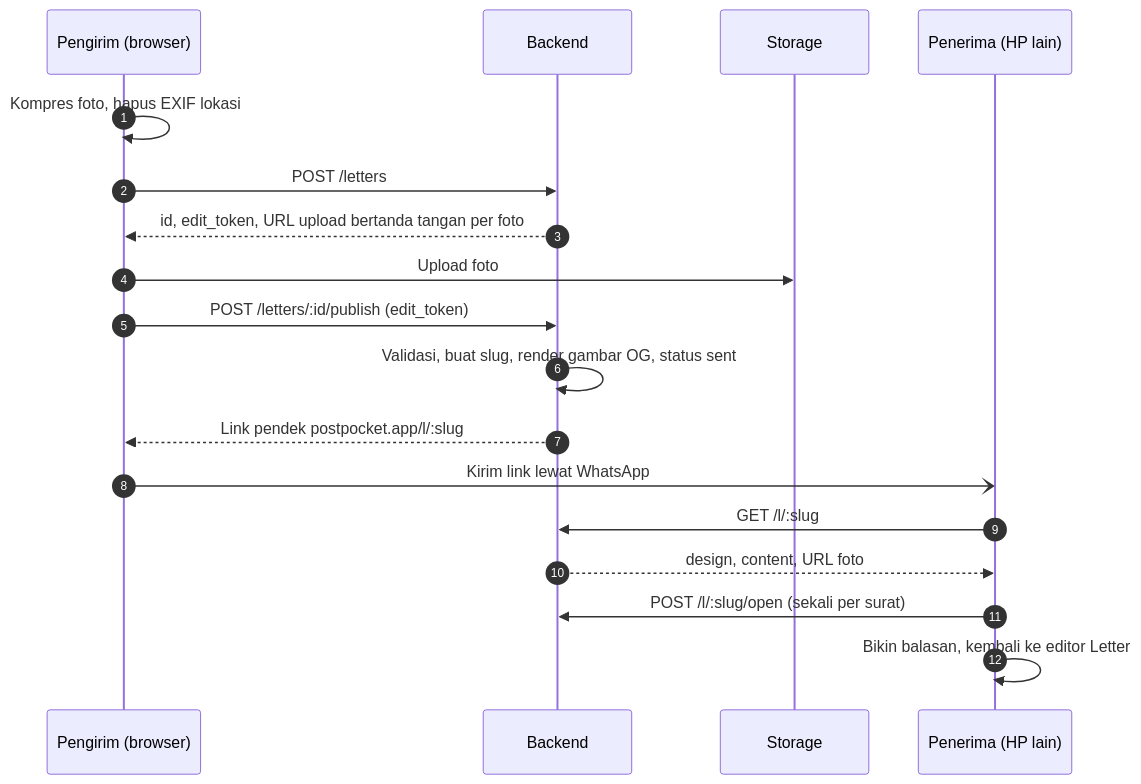
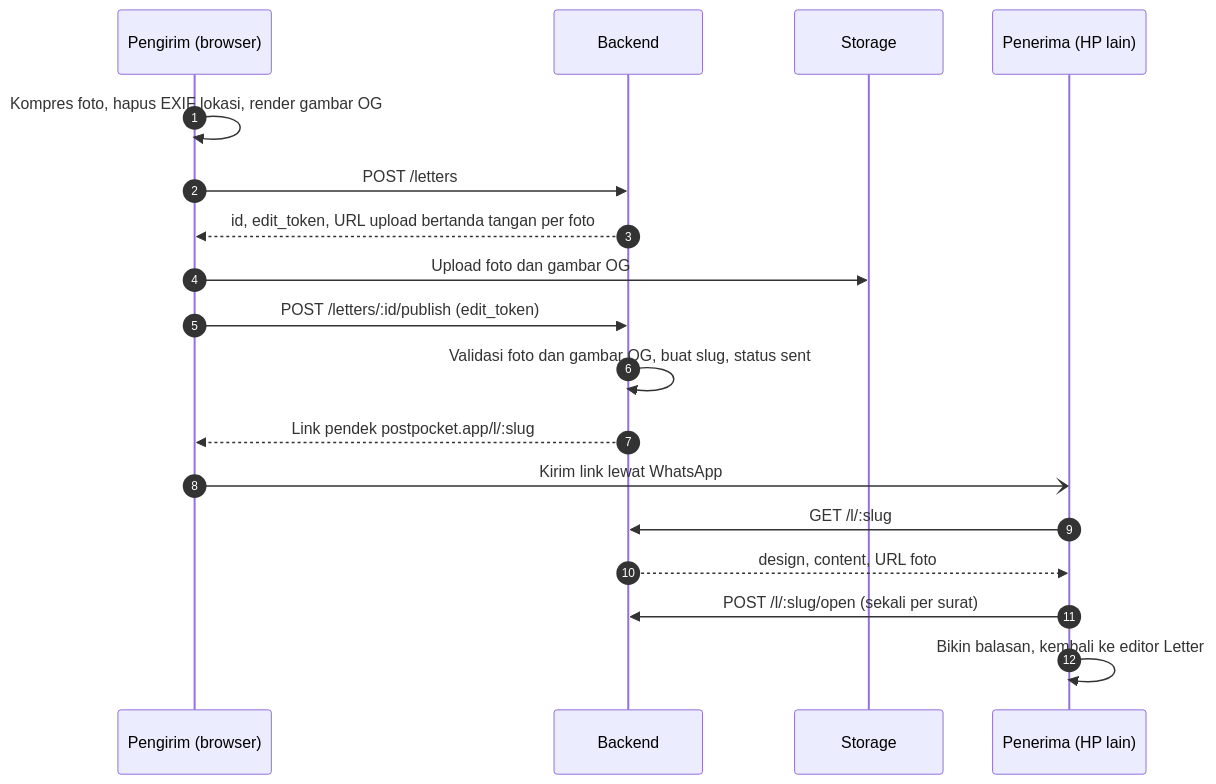
The diagram in docs/backend.md (HaikalFaruq/PostPocket), drawn with Mermaid before and after one commit. The commit also changed other lines of this file and 1 other file, not shown here.

First line of the commit message:
docs: terapkan review PR #2 dan keputusan OG, bucket, masa berlaku

````diff
--- a/docs/backend.md
+++ b/docs/backend.md
@@ -18,20 +18,20 @@
 ```mermaid
 sequenceDiagram
     autonumber
     participant P as Pengirim (browser)
     participant B as Backend
     participant S as Storage
     participant R as Penerima (HP lain)
-    P->>P: Kompres foto, hapus EXIF lokasi
+    P->>P: Kompres foto, hapus EXIF lokasi, render gambar OG
     P->>B: POST /letters
     B-->>P: id, edit_token, URL upload bertanda tangan per foto
-    P->>S: Upload foto
+    P->>S: Upload foto dan gambar OG
     P->>B: POST /letters/:id/publish (edit_token)
-    B->>B: Validasi, buat slug, render gambar OG, status sent
+    B->>B: Validasi foto dan gambar OG, buat slug, status sent
     B-->>P: Link pendek postpocket.app/l/:slug
     P-)R: Kirim link lewat WhatsApp
     R->>B: GET /l/:slug
     B-->>R: design, content, URL foto
     R->>B: POST /l/:slug/open (sekali per surat)
     R->>R: Bikin balasan, kembali ke editor Letter
 ```
````
